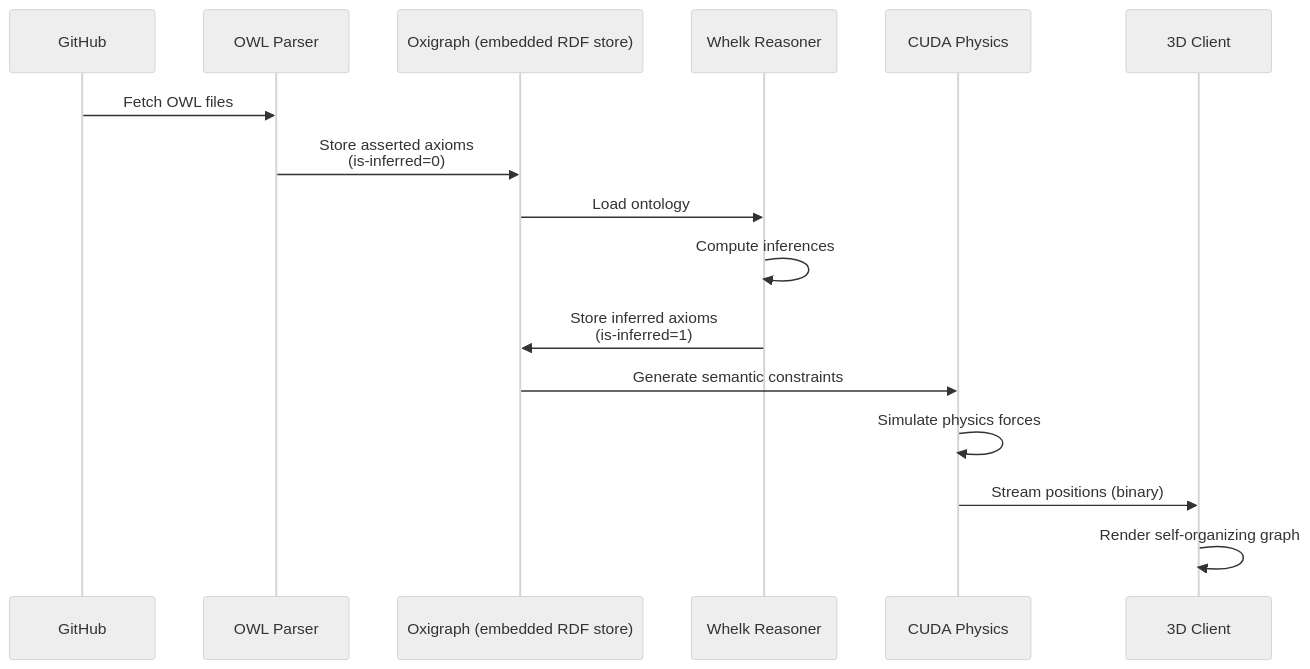
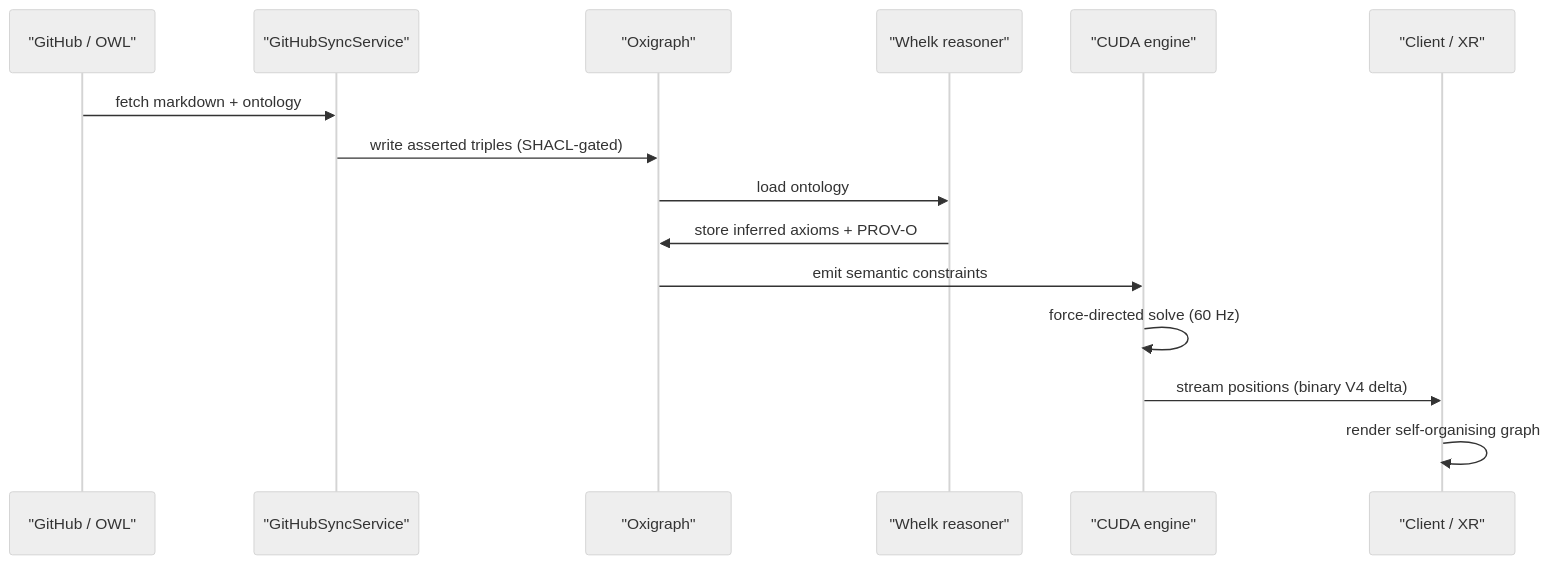
One commit to DreamLab-AI/AR-AI-Knowledge-Graph changed the second of 2 diagrams in docs/explanation/system-overview.md. Above: the diagram before and after it, drawn with Mermaid (neutral theme). The commit also changed other lines of this file and 455 other files, not shown here.

````diff
--- a/docs/explanation/system-overview.md
+++ b/docs/explanation/system-overview.md
@@ -81,19 +184,18 @@
 ```mermaid
 sequenceDiagram
-    participant GH as GitHub
-    participant Parser as OWL Parser
-    participant DB as Oxigraph (embedded RDF store)
-    participant Whelk as Whelk Reasoner
-    participant GPU as CUDA Physics
-    participant Client as 3D Client
+    participant GH as "GitHub / OWL"
+    participant SYNC as "GitHubSyncService"
+    participant OXI as "Oxigraph"
+    participant WHELK as "Whelk reasoner"
+    participant GPU as "CUDA engine"
+    participant CLIENT as "Client / XR"
 
-    GH->>Parser: Fetch OWL files
-    Parser->>DB: Store asserted axioms<br/>(is-inferred=0)
-    DB->>Whelk: Load ontology
-    Whelk->>Whelk: Compute inferences
-    Whelk->>DB: Store inferred axioms<br/>(is-inferred=1)
-    DB->>GPU: Generate semantic constraints
-    GPU->>GPU: Simulate physics forces
-    GPU->>Client: Stream positions (binary)
-    Client->>Client: Render self-organizing graph
+    GH->>SYNC: fetch markdown + ontology
+    SYNC->>OXI: write asserted triples (SHACL-gated)
+    OXI->>WHELK: load ontology
+    WHELK->>OXI: store inferred axioms + PROV-O
+    OXI->>GPU: emit semantic constraints
+    GPU->>GPU: force-directed solve (60 Hz)
+    GPU->>CLIENT: stream positions (binary V4 delta)
+    CLIENT->>CLIENT: render self-organising graph
 ```
````
